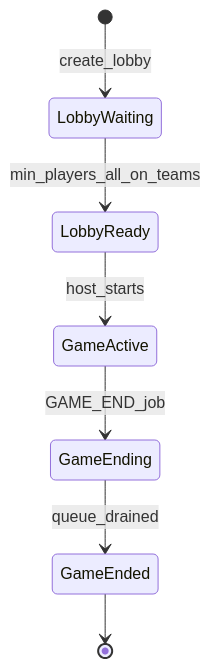
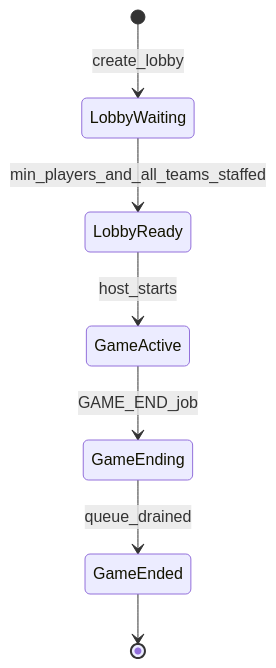
One commit to majesticwhales/mingmei-mahjong-mania changed the third of 4 diagrams in docs/TDD.md. Above: the diagram before and after it, drawn with Mermaid. The commit also changed other lines of this file and 4 other files, not shown here.

````diff
--- a/docs/TDD.md
+++ b/docs/TDD.md
@@ -587,9 +601,9 @@
 ```mermaid
 stateDiagram-v2
   [*] --> LobbyWaiting: create_lobby
-  LobbyWaiting --> LobbyReady: min_players_all_on_teams
+  LobbyWaiting --> LobbyReady: min_players_and_all_teams_staffed
   LobbyReady --> GameActive: host_starts
   GameActive --> GameEnding: GAME_END_job
   GameEnding --> GameEnded: queue_drained
   GameEnded --> [*]
 ```
````
